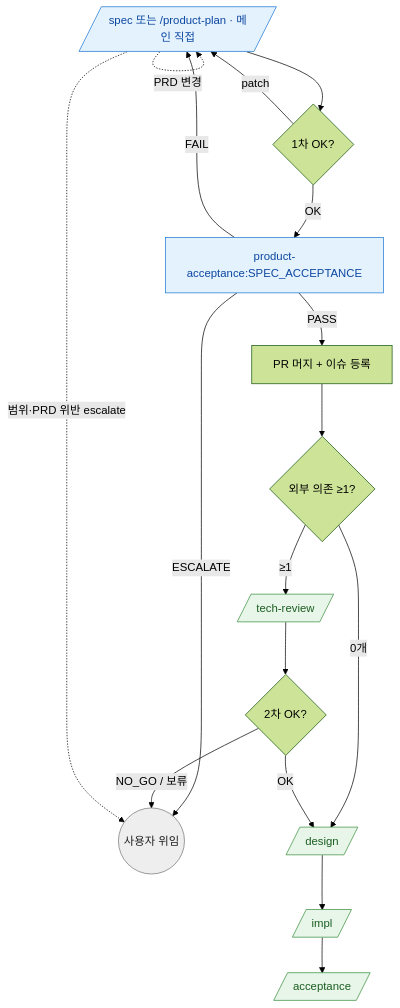
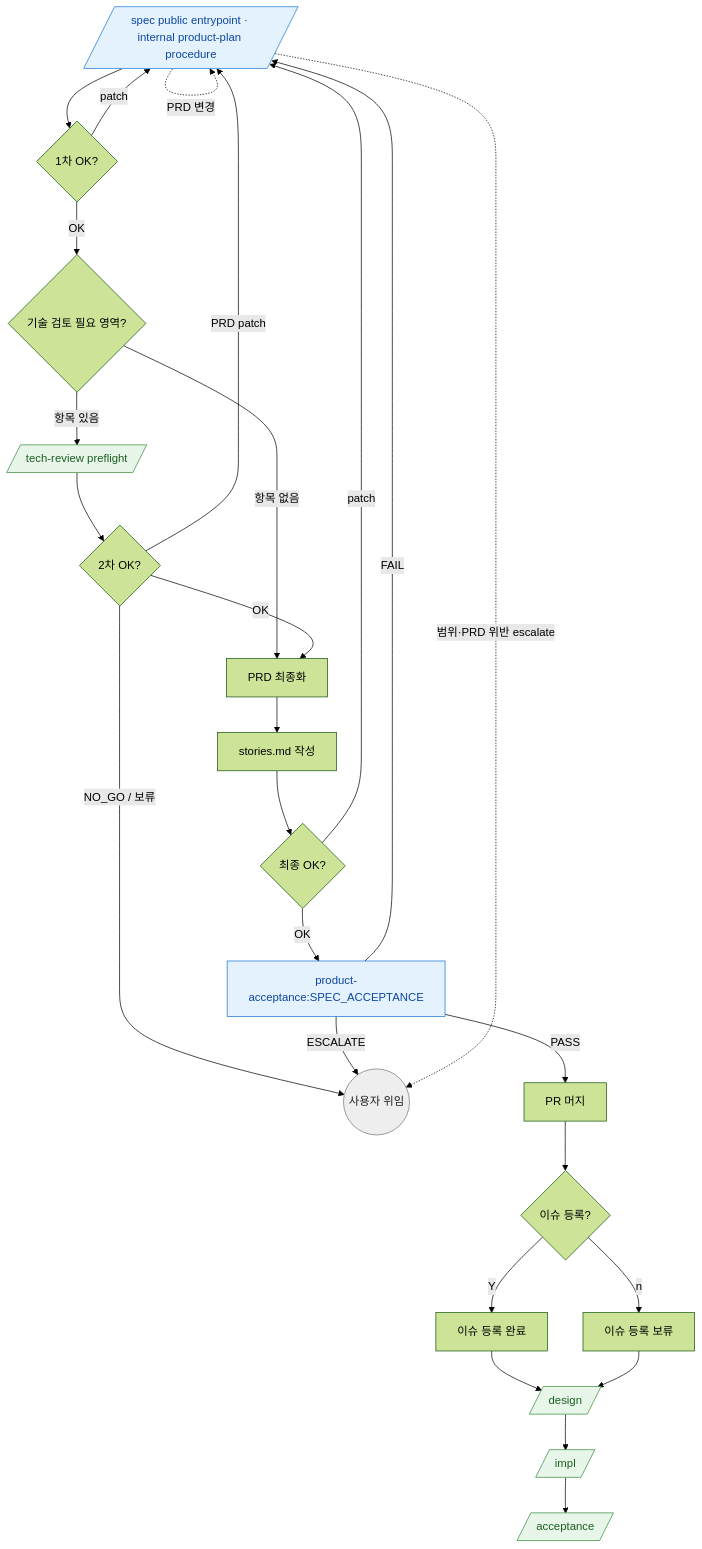
One commit to alruminum/dcNess changed the diagram in skills/product-plan/product-plan-routing.md. Above: the diagram before and after it, drawn with Mermaid (forest theme). The commit also changed other lines of this file and 28 other files, not shown here.

First line of the commit message:
[docs] spec PRD 기술 검토 흐름 정리

````diff
--- a/skills/product-plan/product-plan-routing.md
+++ b/skills/product-plan/product-plan-routing.md
@@ -13,26 +13,35 @@
 ```mermaid
 flowchart TB
-  PP[/spec 또는 /product-plan · 메인 직접/] --> CP1{1차 OK?}
+  PP[/spec public entrypoint · internal product-plan procedure/] --> CP1{1차 OK?}
   CP1 -->|patch| PP
-  CP1 -->|OK| SA[product-acceptance:SPEC_ACCEPTANCE]
-  SA -->|FAIL| PP
-  SA -->|ESCALATE| U((사용자 위임))
-  SA -->|PASS| MERGE[PR 머지 + 이슈 등록]
-  MERGE --> DEP{외부 의존 ≥1?}
-  DEP -->|0개| AL[/design/]
-  DEP -->|≥1| TR[/tech-review/]
+  CP1 -->|OK| REVIEW{기술 검토 필요 영역?}
+  REVIEW -->|항목 없음| FINAL[PRD 최종화]
+  REVIEW -->|항목 있음| TR[/tech-review preflight/]
   TR --> CP2{2차 OK?}
   CP2 -->|NO_GO / 보류| U((사용자 위임))
-  CP2 -->|OK| AL
+  CP2 -->|PRD patch| PP
+  CP2 -->|OK| FINAL
+  FINAL --> STORIES[stories.md 작성]
+  STORIES --> CP3{최종 OK?}
+  CP3 -->|patch| PP
+  CP3 -->|OK| SA[product-acceptance:SPEC_ACCEPTANCE]
+  SA -->|FAIL| PP
+  SA -->|ESCALATE| U
+  SA -->|PASS| MERGE[PR 머지]
+  MERGE --> ISSUE{이슈 등록?}
+  ISSUE -->|Y| ISSUE_DONE[이슈 등록 완료]
+  ISSUE -->|n| ISSUE_SKIP[이슈 등록 보류]
+  ISSUE_DONE --> AL[/design/]
+  ISSUE_SKIP --> AL
   AL --> SH[/impl/]
   SH --> PA[/acceptance/]
   PP -.->|PRD 변경| PP
   PP -.->|범위·PRD 위반 escalate| U
 
   classDef main fill:#e3f2fd,stroke:#1976d2,color:#0d47a1
   classDef next fill:#e8f5e9,stroke:#388e3c,color:#1b5e20
   classDef user fill:#eeeeee,stroke:#757575,color:#212121
   class PP,SA main
   class TR,AL,SH,PA next
   class U user
 ```
````
